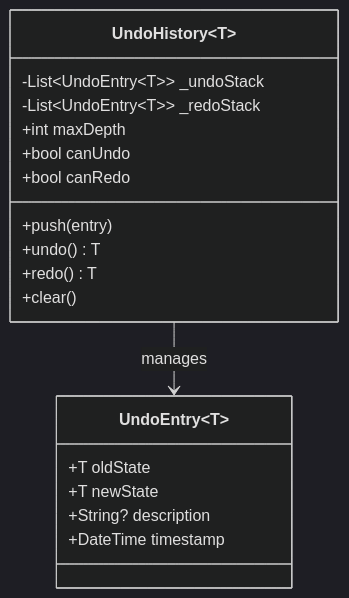
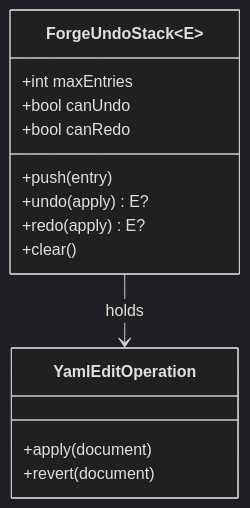
One commit to al-the-bear/tom_forge_modules changed the fifth of 19 diagrams in tom_yaml_editor/doc/yaml_editor_architecture_design.md. Above: the diagram before and after it, drawn with Mermaid (dark theme). The commit also changed other lines of this file and 25 other files, not shown here.

First line of the commit message:
One undo stack: ForgeUndoStack, and every editor history on it

````diff
--- a/tom_yaml_editor/doc/yaml_editor_architecture_design.md
+++ b/tom_yaml_editor/doc/yaml_editor_architecture_design.md
@@ -262,23 +266,19 @@
 ```mermaid
 classDiagram
-    class UndoHistory~T~ {
-        -List~UndoEntry~T~~ _undoStack
-        -List~UndoEntry~T~~ _redoStack
-        +int maxDepth
+    class ForgeUndoStack~E~ {
+        +int maxEntries
         +bool canUndo
         +bool canRedo
         +push(entry)
-        +undo() T
-        +redo() T
+        +undo(apply) E?
+        +redo(apply) E?
         +clear()
     }
 
-    class UndoEntry~T~ {
-        +T oldState
-        +T newState
-        +String? description
-        +DateTime timestamp
+    class YamlEditOperation {
+        +apply(document)
+        +revert(document)
     }
 
-    UndoHistory --> UndoEntry : manages
+    ForgeUndoStack --> YamlEditOperation : holds
 ```
````
